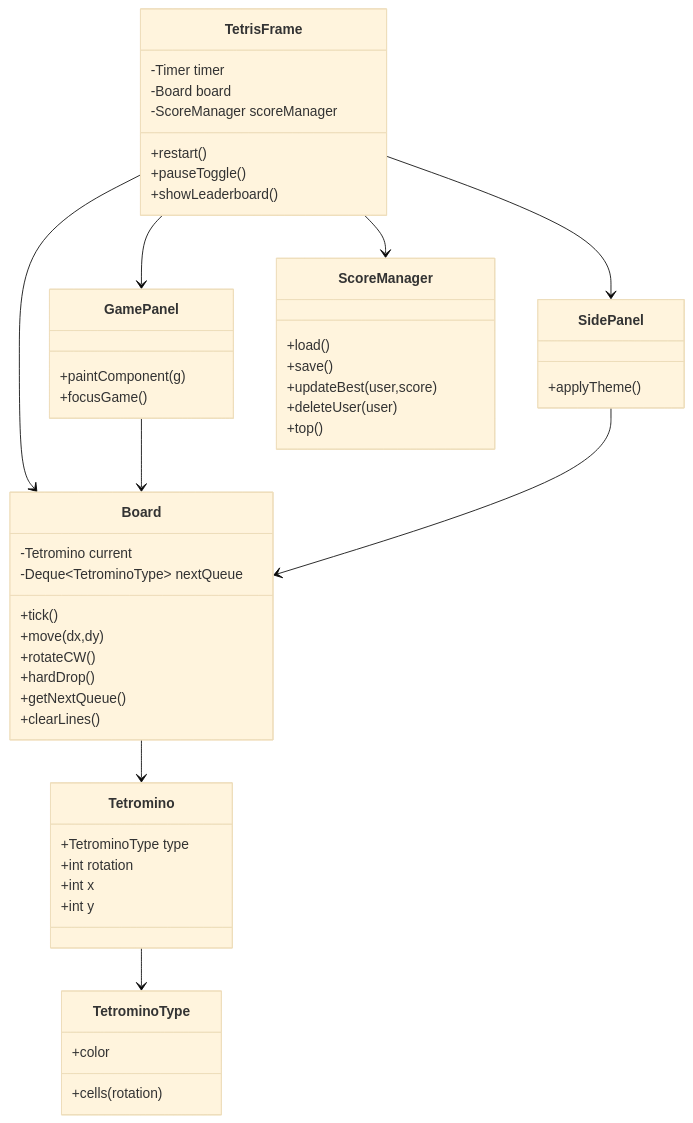
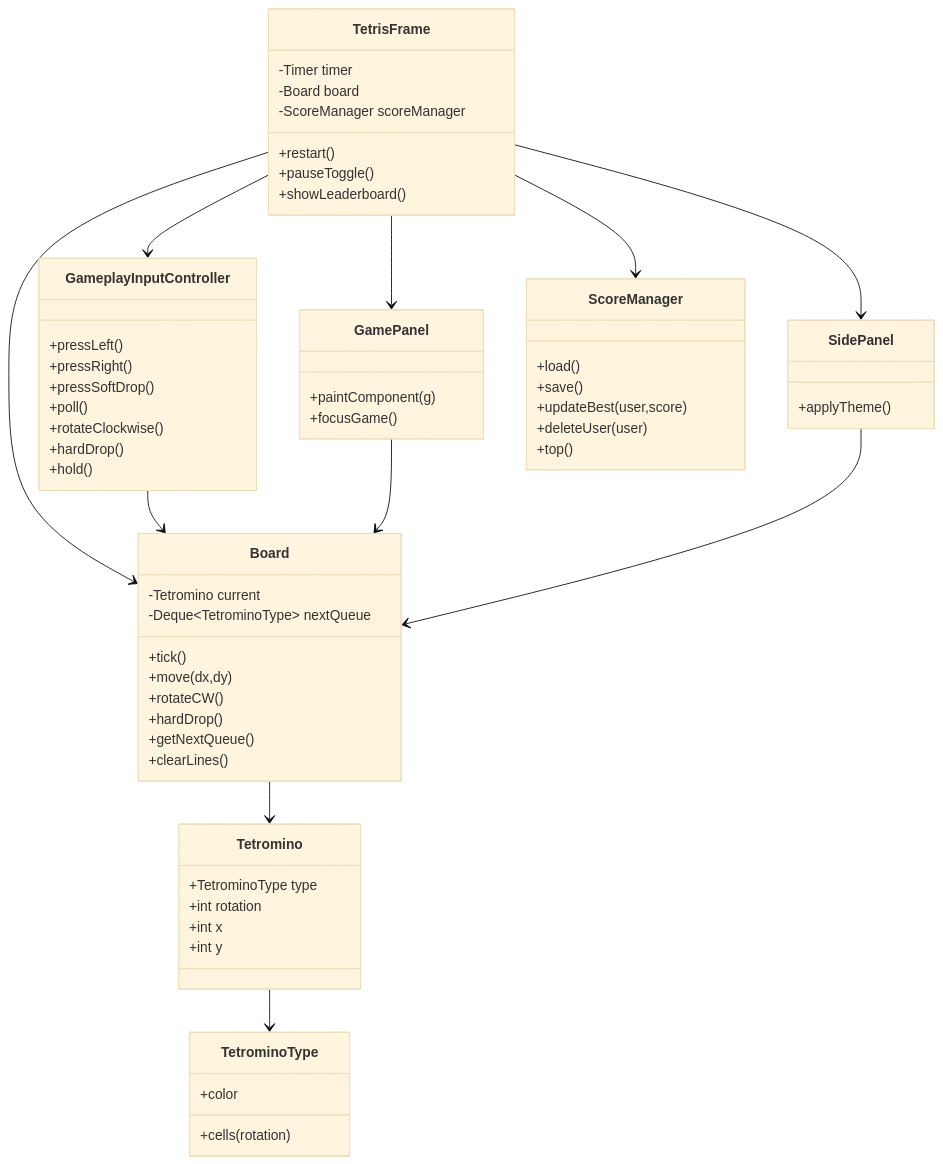
One commit to sleetdrop/jtetris changed the diagram in doc/overview.md. Above: the diagram before and after it, drawn with Mermaid (base theme). The commit also changed other lines of this file and 4 other files, not shown here.

````diff
--- a/doc/overview.md
+++ b/doc/overview.md
@@ -20,53 +21,64 @@
 ```mermaid
 classDiagram
     class TetrisFrame {
         -Timer timer
         -Board board
         -ScoreManager scoreManager
         +restart()
         +pauseToggle()
         +showLeaderboard()
     }
     class GamePanel {
         +paintComponent(g)
         +focusGame()
+    }
+    class GameplayInputController {
+        +pressLeft()
+        +pressRight()
+        +pressSoftDrop()
+        +poll()
+        +rotateClockwise()
+        +hardDrop()
+        +hold()
     }
     class SidePanel {
         +applyTheme()
     }
     class Board {
         -Tetromino current
         -Deque~TetrominoType~ nextQueue
         +tick()
         +move(dx,dy)
         +rotateCW()
         +hardDrop()
         +getNextQueue()
         +clearLines()
     }
     class Tetromino {
         +TetrominoType type
         +int rotation
         +int x
         +int y
     }
     class TetrominoType {
         +cells(rotation)
         +color
     }
     class ScoreManager {
         +load()
         +save()
         +updateBest(user,score)
         +deleteUser(user)
         +top()
     }
     TetrisFrame --> Board
+    TetrisFrame --> GameplayInputController
+    GameplayInputController --> Board
     TetrisFrame --> ScoreManager
     TetrisFrame --> GamePanel
     TetrisFrame --> SidePanel
     GamePanel --> Board
     SidePanel --> Board
     Board --> Tetromino
     Tetromino --> TetrominoType
 ```
````
